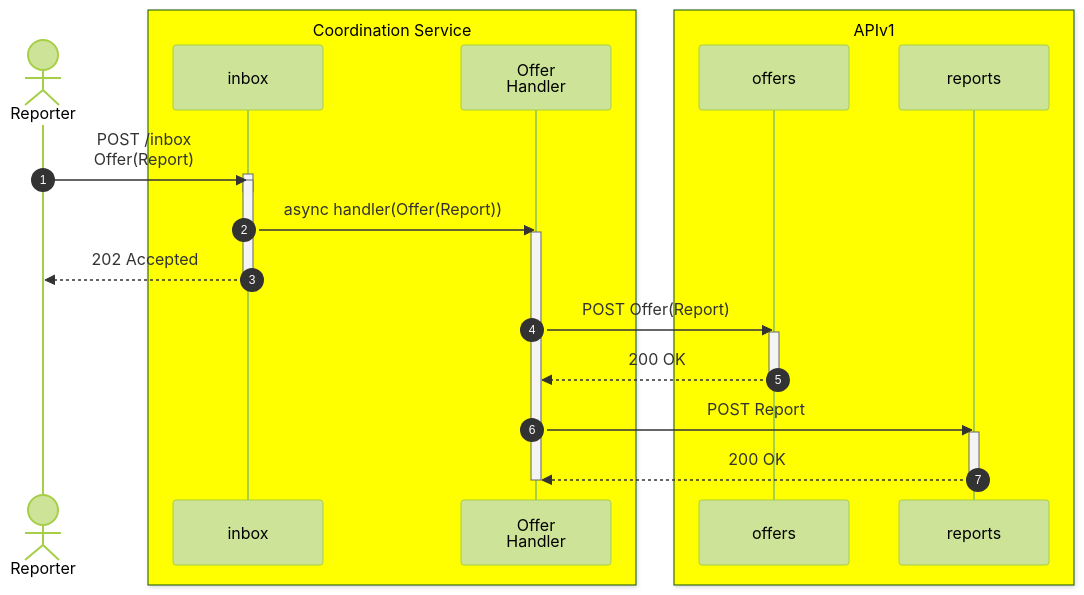
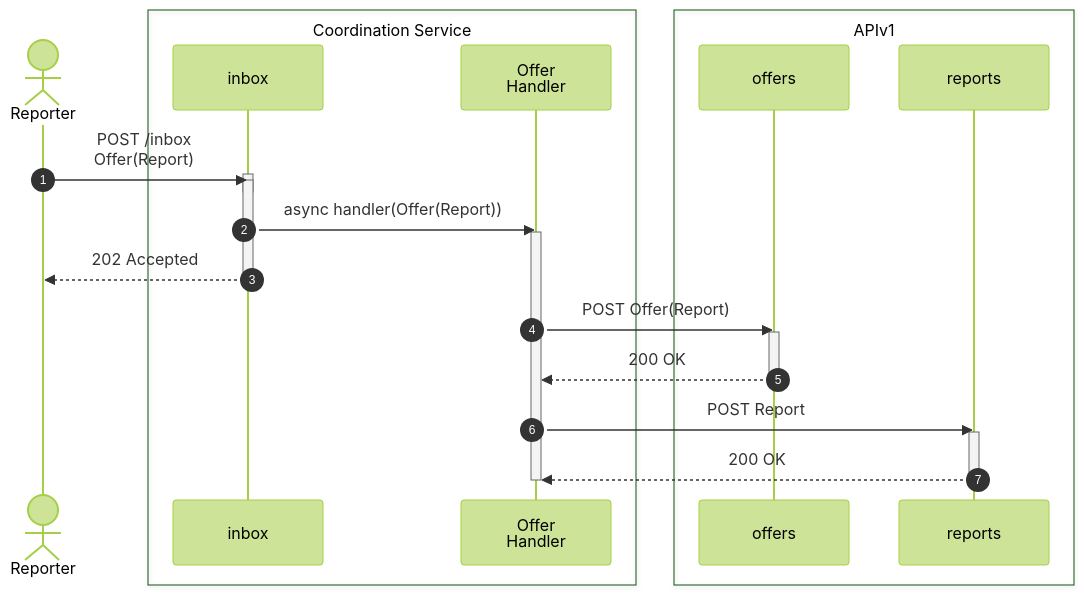
The second of 7 diagrams in docs/howto/activitypub/activities/report_vulnerability.md (CERTCC/Vultron), drawn with Mermaid (forest theme) before and after one commit. The commit also changed other lines of this file, not shown here.

Commit message:
refactor: update sequence diagrams to remove 'Yellow' prefix from service boxes

````diff
--- a/docs/howto/activitypub/activities/report_vulnerability.md
+++ b/docs/howto/activitypub/activities/report_vulnerability.md
@@ -100,30 +100,30 @@
 ```mermaid
 sequenceDiagram
     autonumber
     actor finder as Reporter
-    box Yellow Coordination Service
+    box Coordination Service
         participant inbox
         participant ofr_hdlr as Offer<br/>Handler
     end
-    box Yellow APIv1
+    box APIv1
         participant offers
         participant reports
     end
     finder ->> inbox: POST /inbox<br/>Offer(Report)
     activate inbox
     deactivate inbox
     activate inbox
     inbox ->> ofr_hdlr: async handler(Offer(Report))
     activate ofr_hdlr
     inbox -->> finder: 202 Accepted
     deactivate inbox
     ofr_hdlr ->> offers: POST Offer(Report)
     activate offers
     offers -->> ofr_hdlr: 200 OK
     deactivate offers
     ofr_hdlr ->> reports: POST Report
     activate reports
     reports -->> ofr_hdlr: 200 OK
     deactivate reports
     deactivate ofr_hdlr
 ```
````
